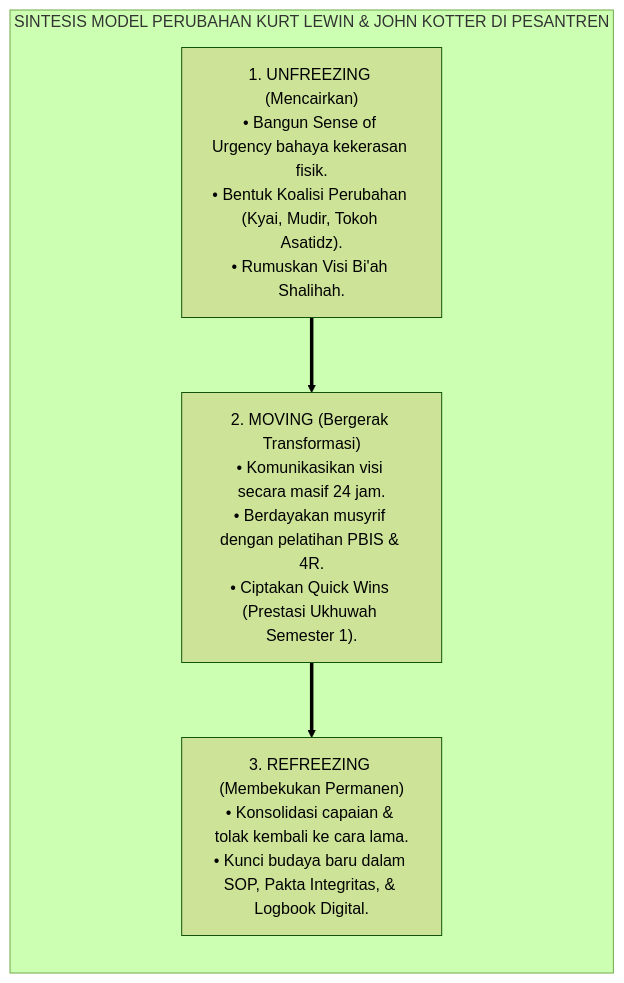
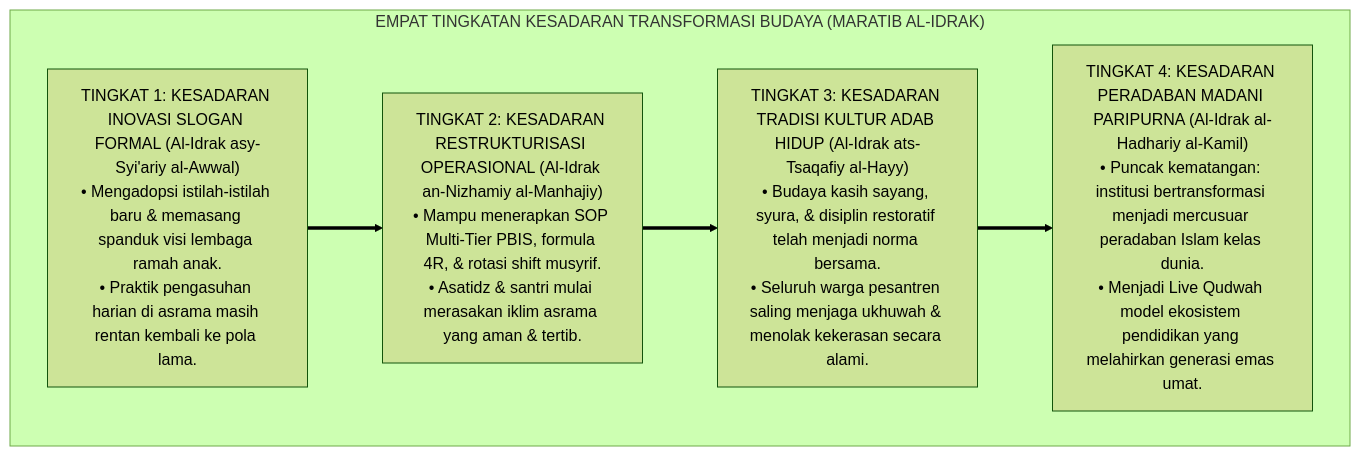
Before and after one commit to wandiapriliyandi/tumbuh: the third of 4 diagrams in 01 Philosophy/06 Change/P1-06-04-Transformasi-Sistemik-Budaya-Pesantren.md, drawn with Mermaid (forest theme). The commit also changed other lines of this file and 7 other files, not shown here.

````diff
--- a/01 Philosophy/06 Change/P1-06-04-Transformasi-Sistemik-Budaya-Pesantren.md
+++ b/01 Philosophy/06 Change/P1-06-04-Transformasi-Sistemik-Budaya-Pesantren.md
@@ -102,12 +137,15 @@
 ```mermaid
-graph LR
-    subgraph ModelKurtLewinKotter["SINTESIS MODEL PERUBAHAN KURT LEWIN & JOHN KOTTER DI PESANTREN"]
-        Unfreezing["1. UNFREEZING (Mencairkan)<br/>• Bangun Sense of Urgency bahaya kekerasan fisik.<br/>• Bentuk Koalisi Perubahan (Kyai, Mudir, Tokoh Asatidz).<br/>• Rumuskan Visi Bi'ah Shalihah."]
+flowchart TD
+    subgraph TingkatanKesadaranTransformasiBudaya["EMPAT TINGKATAN KESADARAN TRANSFORMASI BUDAYA (MARATIB AL-IDRAK)"]
         
-        Moving["2. MOVING (Bergerak Transformasi)<br/>• Komunikasikan visi secara masif 24 jam.<br/>• Berdayakan musyrif dengan pelatihan PBIS & 4R.<br/>• Ciptakan Quick Wins (Prestasi Ukhuwah Semester 1)."]
+        B1_Trans["TINGKAT 1: KESADARAN INOVASI SLOGAN FORMAL (Al-Idrak asy-Syi'ariy al-Awwal)<br/>• Mengadopsi istilah-istilah baru & memasang spanduk visi lembaga ramah anak.<br/>• Praktik pengasuhan harian di asrama masih rentan kembali ke pola lama."]
         
-        Refreezing["3. REFREEZING (Membekukan Permanen)<br/>• Konsolidasi capaian & tolak kembali ke cara lama.<br/>• Kunci budaya baru dalam SOP, Pakta Integritas, & Logbook Digital."]
+        B2_Trans["TINGKAT 2: KESADARAN RESTRUKTURISASI OPERASIONAL (Al-Idrak an-Nizhamiy al-Manhajiy)<br/>• Mampu menerapkan SOP Multi-Tier PBIS, formula 4R, & rotasi shift musyrif.<br/>• Asatidz & santri mulai merasakan iklim asrama yang aman & tertib."]
         
-        Unfreezing ==> Moving ==> Refreezing
+        B3_Trans["TINGKAT 3: KESADARAN TRADISI KULTUR ADAB HIDUP (Al-Idrak ats-Tsaqafiy al-Hayy)<br/>• Budaya kasih sayang, syura, & disiplin restoratif telah menjadi norma bersama.<br/>• Seluruh warga pesantren saling menjaga ukhuwah & menolak kekerasan secara alami."]
+        
+        B4_Trans["TINGKAT 4: KESADARAN PERADABAN MADANI PARIPURNA (Al-Idrak al-Hadhariy al-Kamil)<br/>• Puncak kematangan: institusi bertransformasi menjadi mercusuar peradaban Islam kelas dunia.<br/>• Menjadi Live Qudwah model ekosistem pendidikan yang melahirkan generasi emas umat."]
+        
+        B1_Trans ==> B2_Trans ==> B3_Trans ==> B4_Trans
     end
 ```
````
